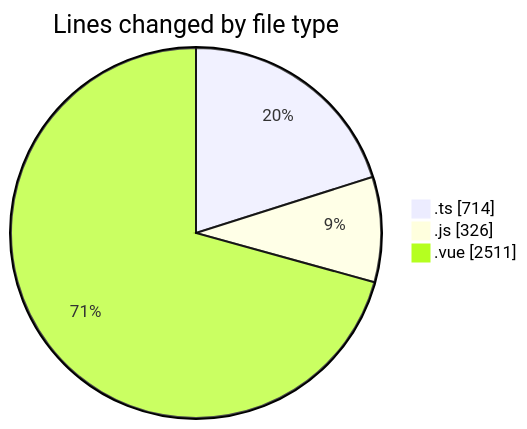
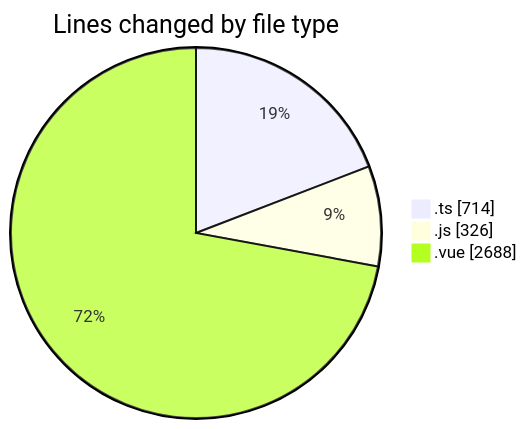
The first of 2 diagrams in 2025-08-16/rentotp/README.md (lephambinh05/code-tracking), drawn with Mermaid before and after one commit. The commit also changed other lines of this file and 1 other file, not shown here.

````diff
--- a/2025-08-16/rentotp/README.md
+++ b/2025-08-16/rentotp/README.md
@@ -32,7 +32,7 @@
 ```mermaid
 pie showData
 title Lines changed by file type
 ".ts" : 714
 ".js" : 326
-".vue" : 2511
+".vue" : 2688
 ```
````
